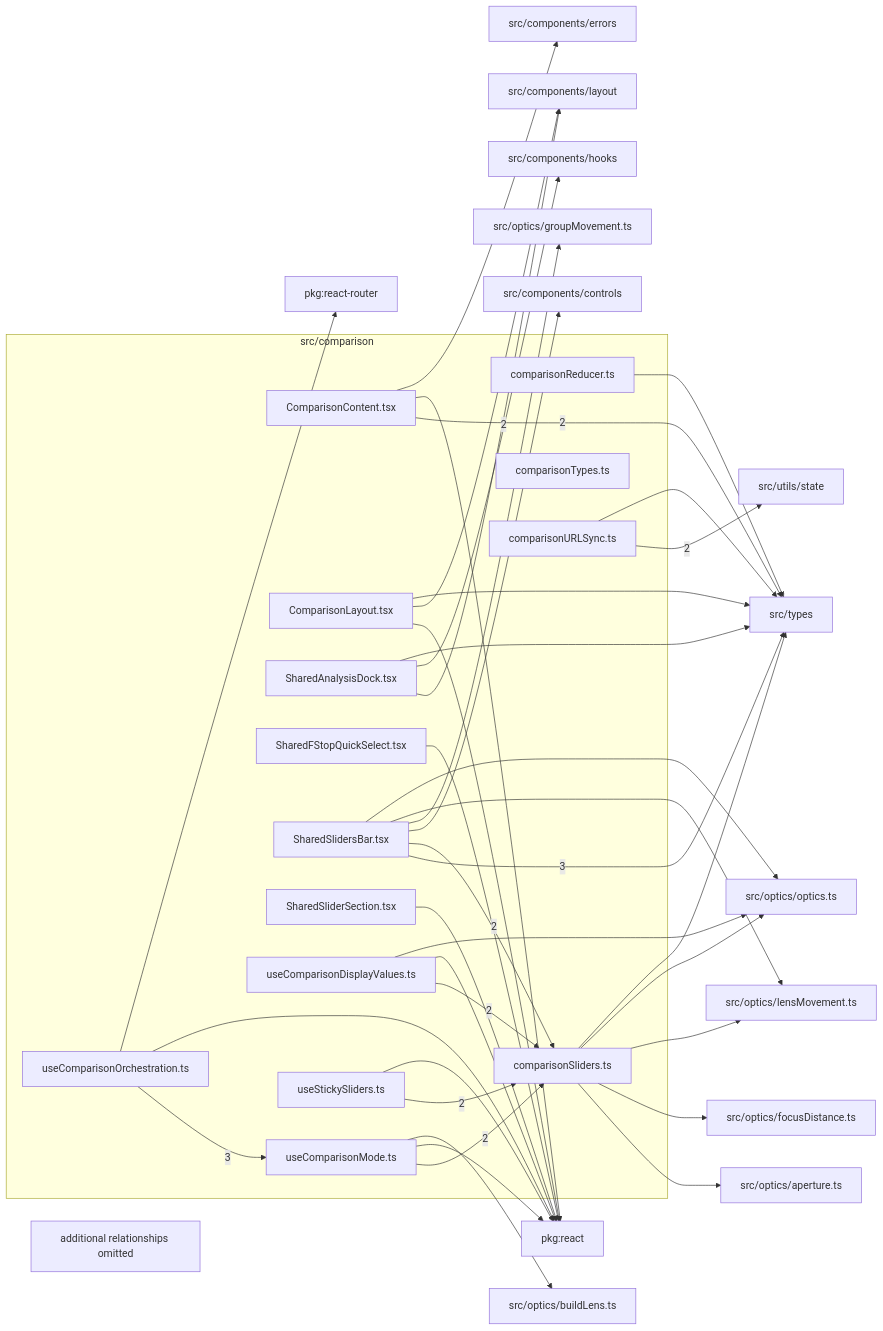
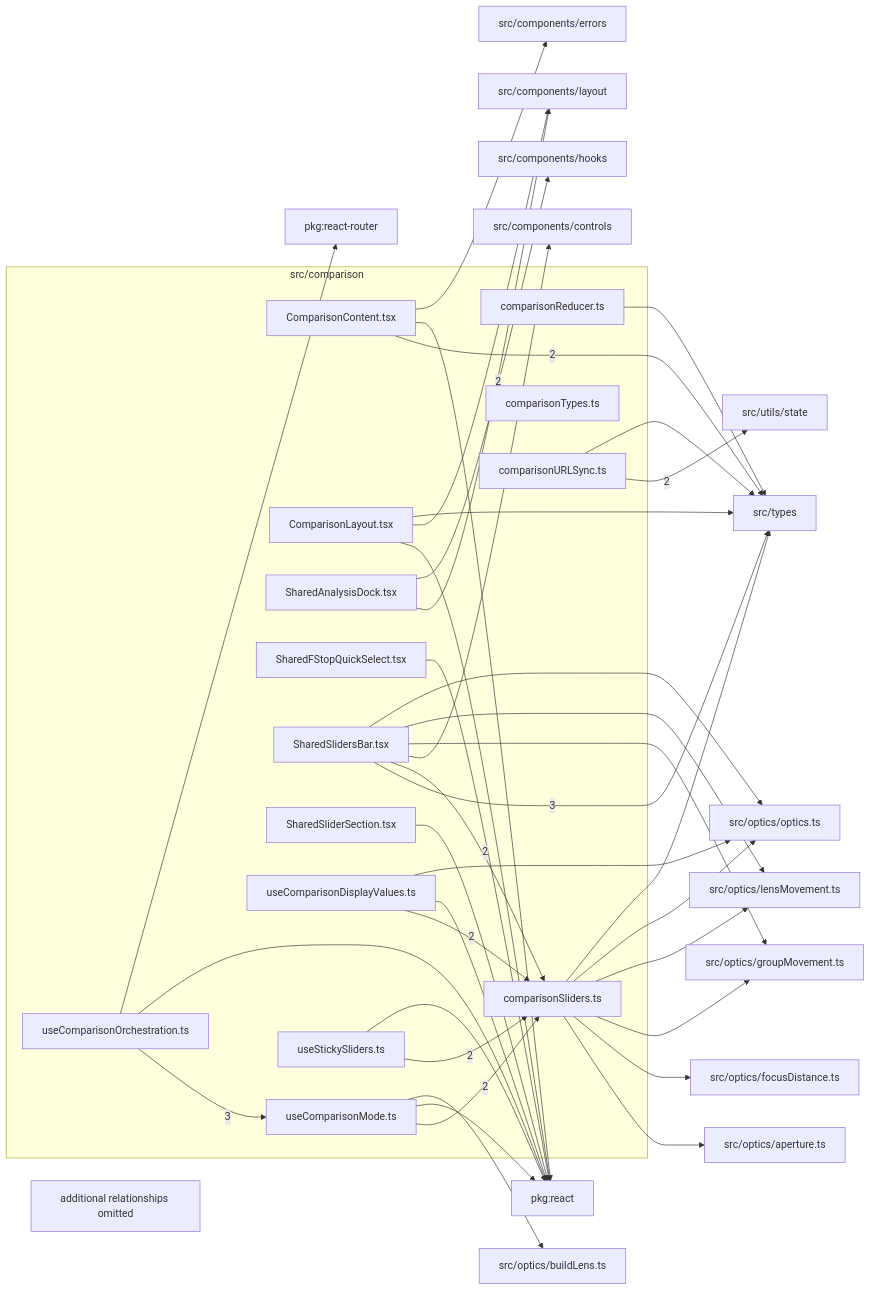
The diagram in src/comparison/readme.md (BeamFour/LensVisualizer), drawn with Mermaid before and after one commit. The commit also changed other lines of this file and 7 other files, not shown here.

````diff
--- a/src/comparison/readme.md
+++ b/src/comparison/readme.md
@@ -9,70 +9,70 @@
 ```mermaid
 flowchart LR
   subgraph n_src_comparison["src/comparison"]
     n_src_comparison_src_comparison_ComparisonContent_tsx["ComparisonContent.tsx"]
     n_src_comparison_src_comparison_ComparisonLayout_tsx["ComparisonLayout.tsx"]
     n_src_comparison_src_comparison_comparisonReducer_ts["comparisonReducer.ts"]
     n_src_comparison_src_comparison_comparisonSliders_ts["comparisonSliders.ts"]
     n_src_comparison_src_comparison_comparisonTypes_ts["comparisonTypes.ts"]
     n_src_comparison_src_comparison_comparisonURLSync_ts["comparisonURLSync.ts"]
     n_src_comparison_src_comparison_SharedAnalysisDock_tsx["SharedAnalysisDock.tsx"]
     n_src_comparison_src_comparison_SharedFStopQuickSelect_tsx["SharedFStopQuickSelect.tsx"]
     n_src_comparison_src_comparison_SharedSlidersBar_tsx["SharedSlidersBar.tsx"]
     n_src_comparison_src_comparison_SharedSliderSection_tsx["SharedSliderSection.tsx"]
     n_src_comparison_src_comparison_useComparisonDisplayValues_ts["useComparisonDisplayValues.ts"]
     n_src_comparison_src_comparison_useComparisonMode_ts["useComparisonMode.ts"]
     n_src_comparison_src_comparison_useComparisonOrchestration_ts["useComparisonOrchestration.ts"]
     n_src_comparison_src_comparison_useStickySliders_ts["useStickySliders.ts"]
   end
   n_external_src_types["src/types"]
   n_external_src_components_layout["src/components/layout"]
   n_external_src_utils_state["src/utils/state"]
   n_external_pkg_react["pkg:react"]
   n_external_pkg_react_router["pkg:react-router"]
   n_external_src_components_controls["src/components/controls"]
   n_external_src_components_errors["src/components/errors"]
   n_external_src_components_hooks["src/components/hooks"]
   n_external_src_optics_aperture_ts["src/optics/aperture.ts"]
   n_external_src_optics_buildLens_ts["src/optics/buildLens.ts"]
   n_external_src_optics_focusDistance_ts["src/optics/focusDistance.ts"]
   n_external_src_optics_groupMovement_ts["src/optics/groupMovement.ts"]
   n_external_src_optics_lensMovement_ts["src/optics/lensMovement.ts"]
   n_external_src_optics_optics_ts["src/optics/optics.ts"]
   n_src_comparison_src_comparison_SharedSlidersBar_tsx --> |3| n_external_src_types
   n_src_comparison_src_comparison_useComparisonOrchestration_ts --> |3| n_src_comparison_src_comparison_useComparisonMode_ts
   n_src_comparison_src_comparison_SharedAnalysisDock_tsx --> |2| n_external_src_components_layout
   n_src_comparison_src_comparison_ComparisonContent_tsx --> |2| n_external_src_types
   n_src_comparison_src_comparison_comparisonURLSync_ts --> |2| n_external_src_utils_state
   n_src_comparison_src_comparison_SharedSlidersBar_tsx --> |2| n_src_comparison_src_comparison_comparisonSliders_ts
   n_src_comparison_src_comparison_useComparisonDisplayValues_ts --> |2| n_src_comparison_src_comparison_comparisonSliders_ts
   n_src_comparison_src_comparison_useComparisonMode_ts --> |2| n_src_comparison_src_comparison_comparisonSliders_ts
   n_src_comparison_src_comparison_useStickySliders_ts --> |2| n_src_comparison_src_comparison_comparisonSliders_ts
   n_src_comparison_src_comparison_ComparisonContent_tsx --> n_external_pkg_react
   n_src_comparison_src_comparison_ComparisonLayout_tsx --> n_external_pkg_react
   n_src_comparison_src_comparison_SharedFStopQuickSelect_tsx --> n_external_pkg_react
   n_src_comparison_src_comparison_SharedSliderSection_tsx --> n_external_pkg_react
   n_src_comparison_src_comparison_useComparisonDisplayValues_ts --> n_external_pkg_react
   n_src_comparison_src_comparison_useComparisonMode_ts --> n_external_pkg_react
   n_src_comparison_src_comparison_useComparisonOrchestration_ts --> n_external_pkg_react
   n_src_comparison_src_comparison_useStickySliders_ts --> n_external_pkg_react
   n_src_comparison_src_comparison_useComparisonOrchestration_ts --> n_external_pkg_react_router
   n_src_comparison_src_comparison_SharedSlidersBar_tsx --> n_external_src_components_controls
   n_src_comparison_src_comparison_ComparisonContent_tsx --> n_external_src_components_errors
   n_src_comparison_src_comparison_SharedAnalysisDock_tsx --> n_external_src_components_hooks
   n_src_comparison_src_comparison_ComparisonLayout_tsx --> n_external_src_components_layout
   n_src_comparison_src_comparison_comparisonSliders_ts --> n_external_src_optics_aperture_ts
   n_src_comparison_src_comparison_useComparisonMode_ts --> n_external_src_optics_buildLens_ts
   n_src_comparison_src_comparison_comparisonSliders_ts --> n_external_src_optics_focusDistance_ts
+  n_src_comparison_src_comparison_comparisonSliders_ts --> n_external_src_optics_groupMovement_ts
   n_src_comparison_src_comparison_SharedSlidersBar_tsx --> n_external_src_optics_groupMovement_ts
   n_src_comparison_src_comparison_comparisonSliders_ts --> n_external_src_optics_lensMovement_ts
   n_src_comparison_src_comparison_SharedSlidersBar_tsx --> n_external_src_optics_lensMovement_ts
   n_src_comparison_src_comparison_comparisonSliders_ts --> n_external_src_optics_optics_ts
   n_src_comparison_src_comparison_SharedSlidersBar_tsx --> n_external_src_optics_optics_ts
   n_src_comparison_src_comparison_useComparisonDisplayValues_ts --> n_external_src_optics_optics_ts
   n_src_comparison_src_comparison_ComparisonLayout_tsx --> n_external_src_types
   n_src_comparison_src_comparison_comparisonReducer_ts --> n_external_src_types
   n_src_comparison_src_comparison_comparisonSliders_ts --> n_external_src_types
   n_src_comparison_src_comparison_comparisonURLSync_ts --> n_external_src_types
-  n_src_comparison_src_comparison_SharedAnalysisDock_tsx --> n_external_src_types
   n_src_comparison_truncated["additional relationships omitted"]
 ```
````
